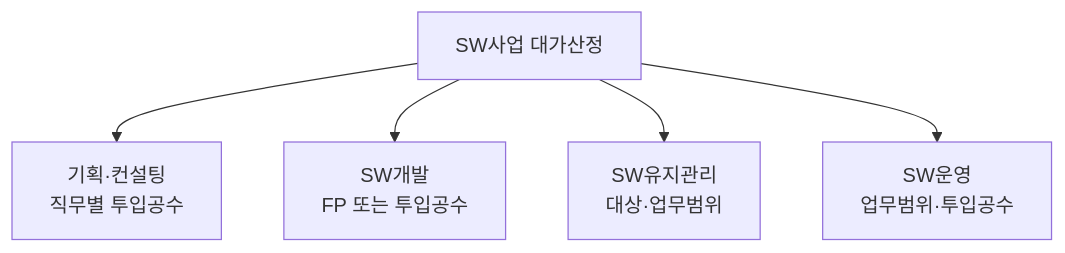
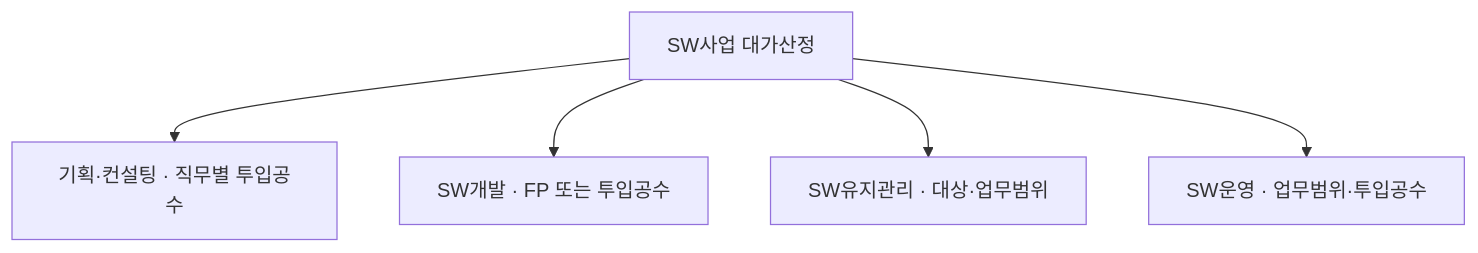
The first of 3 diagrams in src/content/docs/notes/itpe/01-it-strategy/026_software_cost_estimation.md (agnusdei1207/study), drawn with Mermaid before and after one commit. The commit also changed other lines of this file and 19 other files, not shown here.

````diff
--- a/src/content/docs/notes/itpe/01-it-strategy/026_software_cost_estimation.md
+++ b/src/content/docs/notes/itpe/01-it-strategy/026_software_cost_estimation.md
@@ -54,8 +54,8 @@
 ```mermaid
 flowchart TD
     ROOT["SW사업 대가산정"]
-    ROOT --> P["기획·컨설팅<br/>직무별 투입공수"]
-    ROOT --> D["SW개발<br/>FP 또는 투입공수"]
-    ROOT --> M["SW유지관리<br/>대상·업무범위"]
-    ROOT --> O["SW운영<br/>업무범위·투입공수"]
+    ROOT --> P["기획·컨설팅 · 직무별 투입공수"]
+    ROOT --> D["SW개발 · FP 또는 투입공수"]
+    ROOT --> M["SW유지관리 · 대상·업무범위"]
+    ROOT --> O["SW운영 · 업무범위·투입공수"]
 ```
````
